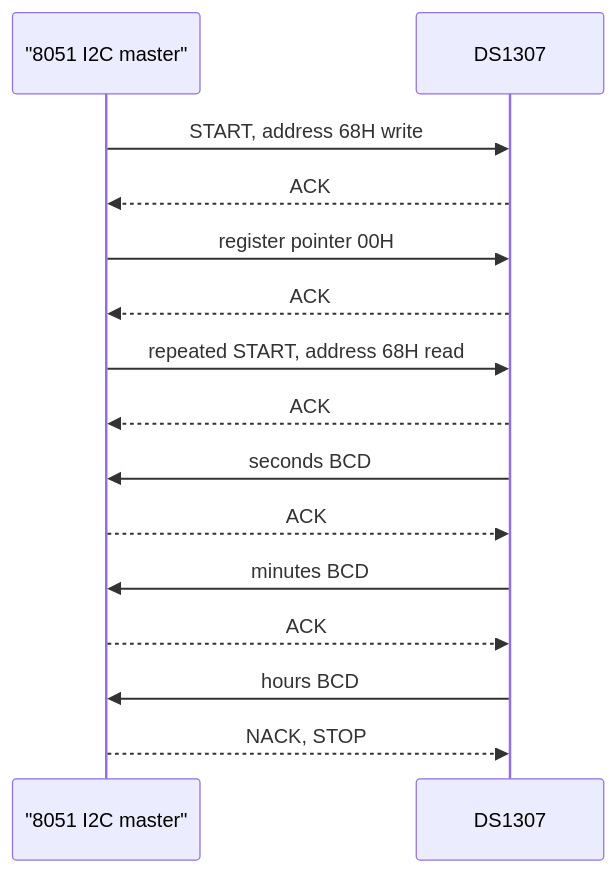
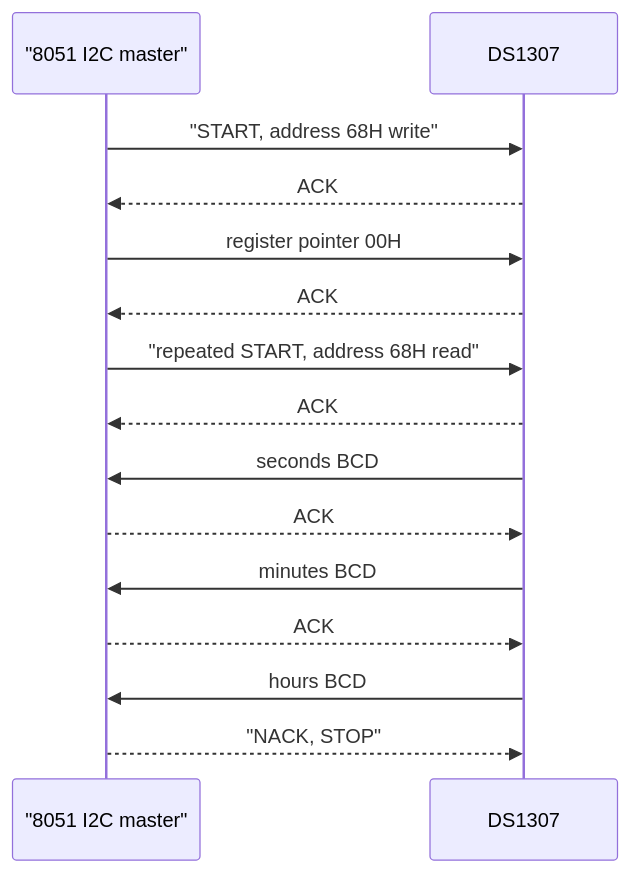
One commit to justinbrianhwang/SJ-wiki changed the diagram in docs/cs/embedded/serial-eeprom-rtc-ds1307.md. Above: the diagram before and after it, drawn with Mermaid. The commit also changed other lines of this file and 955 other files, not shown here.

````diff
--- a/docs/cs/embedded/serial-eeprom-rtc-ds1307.md
+++ b/docs/cs/embedded/serial-eeprom-rtc-ds1307.md
@@ -54,17 +74,17 @@
 ```mermaid
 sequenceDiagram
   participant MCU as "8051 I2C master"
   participant RTC as DS1307
-  MCU->>RTC: START, address 68H write
+  MCU->>RTC: "START, address 68H write"
   RTC-->>MCU: ACK
   MCU->>RTC: register pointer 00H
   RTC-->>MCU: ACK
-  MCU->>RTC: repeated START, address 68H read
+  MCU->>RTC: "repeated START, address 68H read"
   RTC-->>MCU: ACK
   RTC->>MCU: seconds BCD
   MCU-->>RTC: ACK
   RTC->>MCU: minutes BCD
   MCU-->>RTC: ACK
   RTC->>MCU: hours BCD
-  MCU-->>RTC: NACK, STOP
+  MCU-->>RTC: "NACK, STOP"
 ```
````
